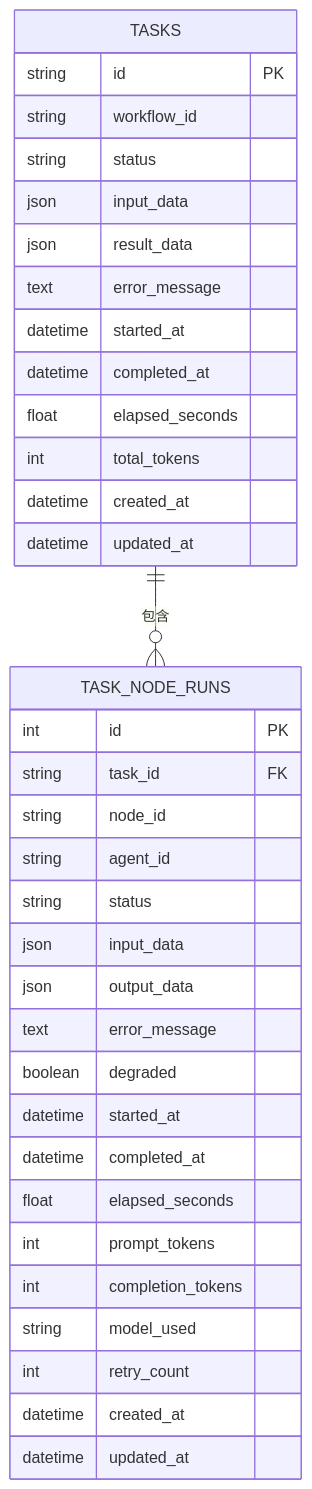
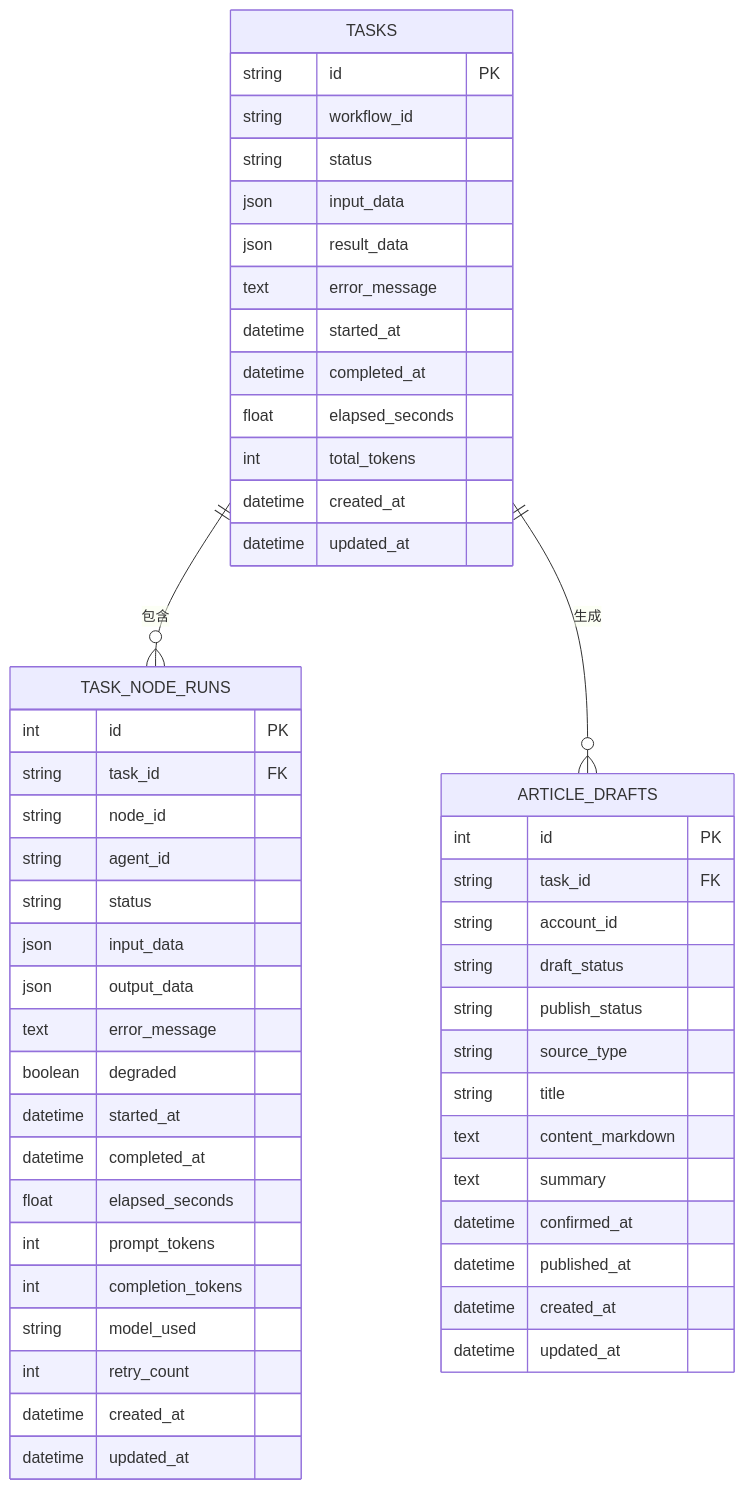
Before and after one commit to sansansansansan2022-web/hotclaw: the fourth of 7 diagrams in .qoder/repowiki/zh/content/API接口文档/任务管理API.md, drawn with Mermaid. The commit also changed other lines of this file and 44 other files, not shown here.

````diff
--- a/.qoder/repowiki/zh/content/API接口文档/任务管理API.md
+++ b/.qoder/repowiki/zh/content/API接口文档/任务管理API.md
@@ -303,38 +401,54 @@
 ```mermaid
 erDiagram
 TASKS {
 string id PK
 string workflow_id
 string status
 json input_data
 json result_data
 text error_message
 datetime started_at
 datetime completed_at
 float elapsed_seconds
 int total_tokens
 datetime created_at
 datetime updated_at
 }
 TASK_NODE_RUNS {
 int id PK
 string task_id FK
 string node_id
 string agent_id
 string status
 json input_data
 json output_data
 text error_message
 boolean degraded
 datetime started_at
 datetime completed_at
 float elapsed_seconds
 int prompt_tokens
 int completion_tokens
 string model_used
 int retry_count
 datetime created_at
 datetime updated_at
 }
+ARTICLE_DRAFTS {
+int id PK
+string task_id FK
+string account_id
+string draft_status
+string publish_status
+string source_type
+string title
+text content_markdown
+text summary
+datetime confirmed_at
+datetime published_at
+datetime created_at
+datetime updated_at
+}
 TASKS ||--o{ TASK_NODE_RUNS : "包含"
+TASKS ||--o{ ARTICLE_DRAFTS : "生成"
 ```
````
